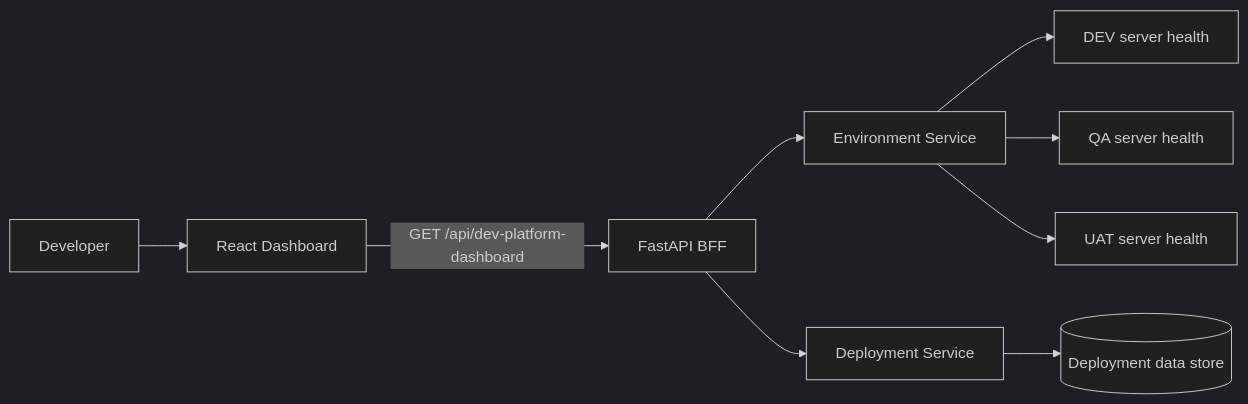
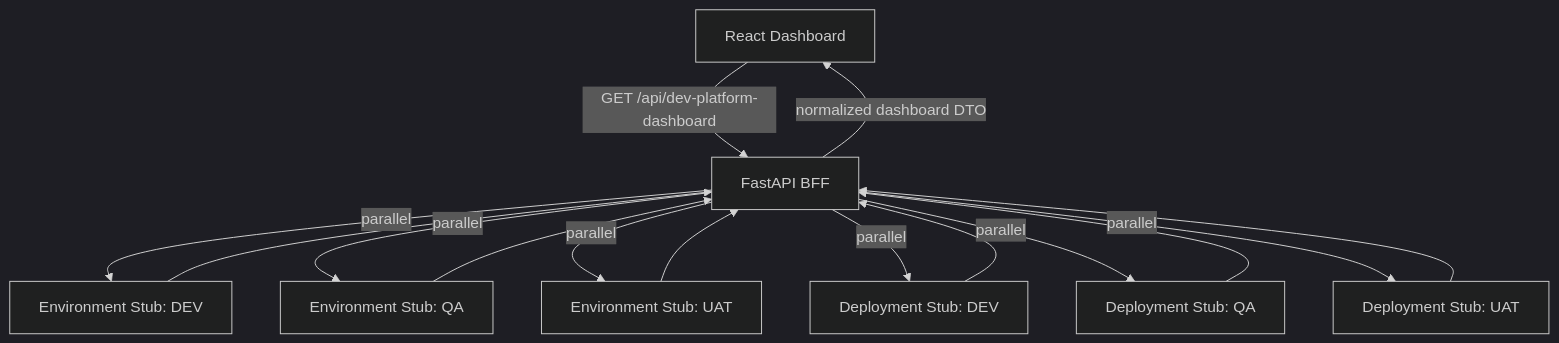
Before and after one commit to RoanKathrina/dev-platform-demo: the diagram in ARCHITECTURE.md, drawn with Mermaid (dark theme). The commit also changed other lines of this file and 13 other files, not shown here.

Commit message:
Updated files to place dashboard stubs in backend service

````diff
--- a/ARCHITECTURE.md
+++ b/ARCHITECTURE.md
@@ -3,11 +3,17 @@
 ```mermaid
-flowchart LR
-    U[Developer] --> R[React Dashboard]
-    R -->|GET /api/dev-platform-dashboard| BFF[FastAPI BFF]
-    BFF --> E[Environment Service]
-    BFF --> D[Deployment Service]
-    E --> DEV[DEV server health]
-    E --> QA[QA server health]
-    E --> UAT[UAT server health]
-    D --> DB[(Deployment data store)]
+flowchart TD
+    UI[React Dashboard] -->|GET /api/dev-platform-dashboard| BFF[FastAPI BFF]
+    BFF -->|parallel| EDEV[Environment Stub: DEV]
+    BFF -->|parallel| EQA[Environment Stub: QA]
+    BFF -->|parallel| EUAT[Environment Stub: UAT]
+    BFF -->|parallel| DDEV[Deployment Stub: DEV]
+    BFF -->|parallel| DQA[Deployment Stub: QA]
+    BFF -->|parallel| DUAT[Deployment Stub: UAT]
+    EDEV --> BFF
+    EQA --> BFF
+    EUAT --> BFF
+    DDEV --> BFF
+    DQA --> BFF
+    DUAT --> BFF
+    BFF -->|normalized dashboard DTO| UI
 ```
````
